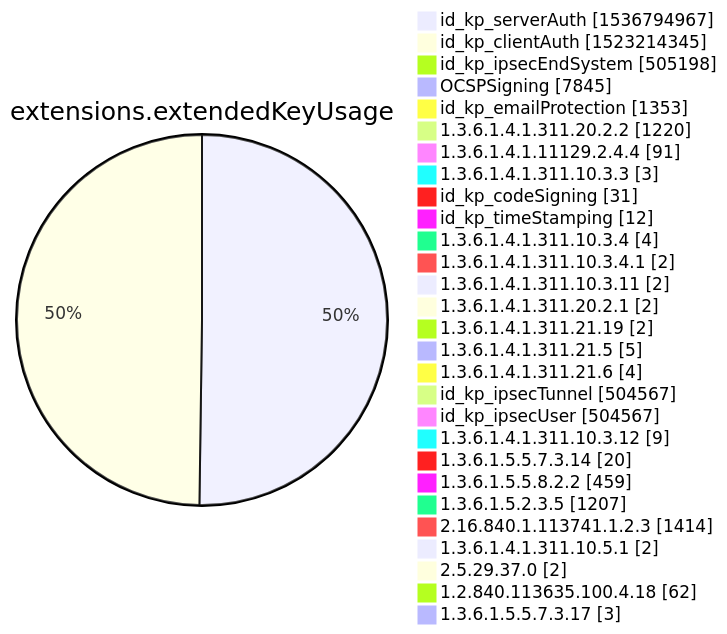
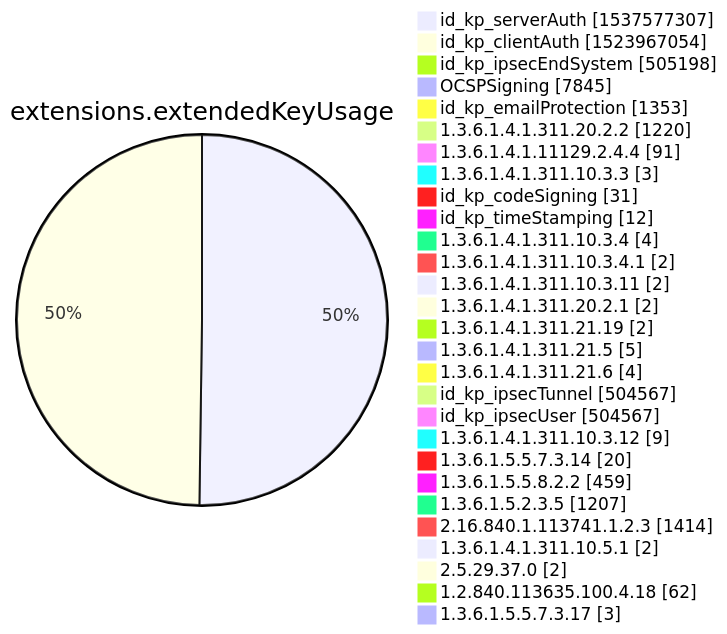
Diagram 12 of 15 in xenon2022/README.md (christiankrug/ctmonitor_visualization), drawn with Mermaid before and after one commit. The commit also changed other lines of this file, not shown here.

````diff
--- a/xenon2022/README.md
+++ b/xenon2022/README.md
@@ -3880,32 +3880,32 @@
 ```mermaid
 pie showData
 title extensions.extendedKeyUsage
-"id_kp_serverAuth" :1536794967
-"id_kp_clientAuth" :1523214345
+"id_kp_serverAuth" :1537577307
+"id_kp_clientAuth" :1523967054
 "id_kp_ipsecEndSystem" :505198
 "OCSPSigning" :7845
 "id_kp_emailProtection" :1353
 "1.3.6.1.4.1.311.20.2.2" :1220
 "1.3.6.1.4.1.11129.2.4.4" :91
 "1.3.6.1.4.1.311.10.3.3" :3
 "id_kp_codeSigning" :31
 "id_kp_timeStamping" :12
 "1.3.6.1.4.1.311.10.3.4" :4
 "1.3.6.1.4.1.311.10.3.4.1" :2
 "1.3.6.1.4.1.311.10.3.11" :2
 "1.3.6.1.4.1.311.20.2.1" :2
 "1.3.6.1.4.1.311.21.19" :2
 "1.3.6.1.4.1.311.21.5" :5
 "1.3.6.1.4.1.311.21.6" :4
 "id_kp_ipsecTunnel" :504567
 "id_kp_ipsecUser" :504567
 "1.3.6.1.4.1.311.10.3.12" :9
 "1.3.6.1.5.5.7.3.14" :20
 "1.3.6.1.5.5.8.2.2" :459
 "1.3.6.1.5.2.3.5" :1207
 "2.16.840.1.113741.1.2.3" :1414
 "1.3.6.1.4.1.311.10.5.1" :2
 "2.5.29.37.0" :2
 "1.2.840.113635.100.4.18" :62
 "1.3.6.1.5.5.7.3.17" :3
 ```
````
